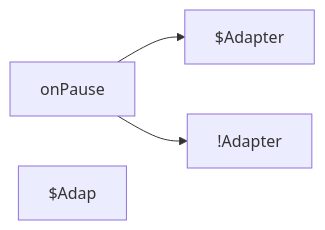
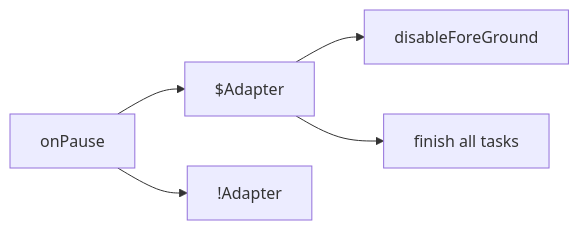
Before and after one commit to gordianknotC/nxp_note: the second of 2 diagrams in nxp/MainActivity.md, drawn with Mermaid. The commit also changed other lines of this file, not shown here.

Commit message:
nxp/MainActivity.md updated from https://stackedit.io/

````diff
--- a/nxp/MainActivity.md
+++ b/nxp/MainActivity.md
@@ -21,7 +21,9 @@
 ```mermaid
 graph LR
 	onPause --> $Adapter
 	onPause --> !Adapter
-	$Adap
+	$Adapter --> disableForeGround
+	$Adapter --> finisTask[finish all tasks]
+	
 
 ```
````
